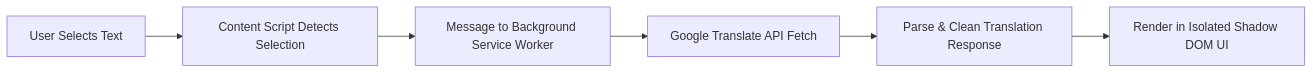
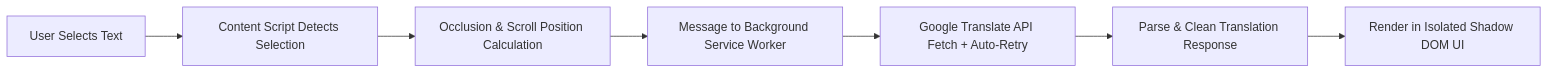
Before and after one commit to PheromoneItsMe/quick-web-translator: the diagram in README.md, drawn with Mermaid. The commit also changed other lines of this file and 6 other files, not shown here.

Commit message:
feat: add smart mixed-language translation, real-time scroll tracking, and occlusion detection (v1.3.0)

````diff
--- a/README.md
+++ b/README.md
@@ -70,8 +71,9 @@
 ```mermaid
 flowchart LR
     A[User Selects Text] --> B[Content Script Detects Selection]
-    B --> C[Message to Background Service Worker]
-    C --> D[Google Translate API Fetch]
-    D --> E[Parse & Clean Translation Response]
-    E --> F[Render in Isolated Shadow DOM UI]
+    B --> C[Occlusion & Scroll Position Calculation]
+    C --> D[Message to Background Service Worker]
+    D --> E[Google Translate API Fetch + Auto-Retry]
+    E --> F[Parse & Clean Translation Response]
+    F --> G[Render in Isolated Shadow DOM UI]
 ```
````
